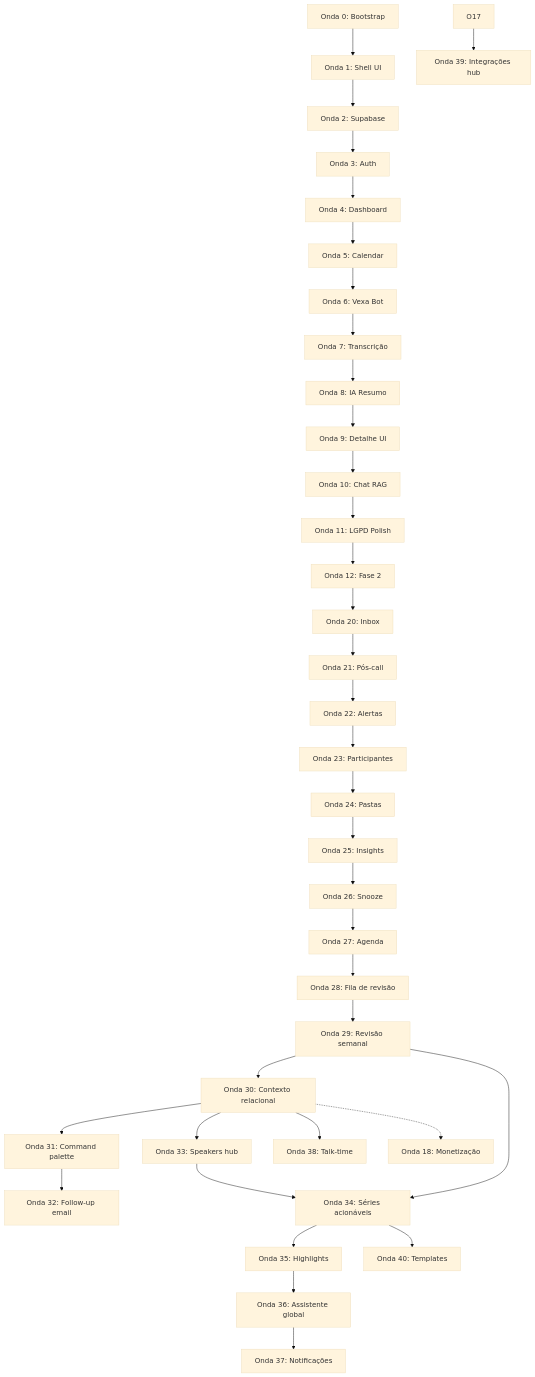
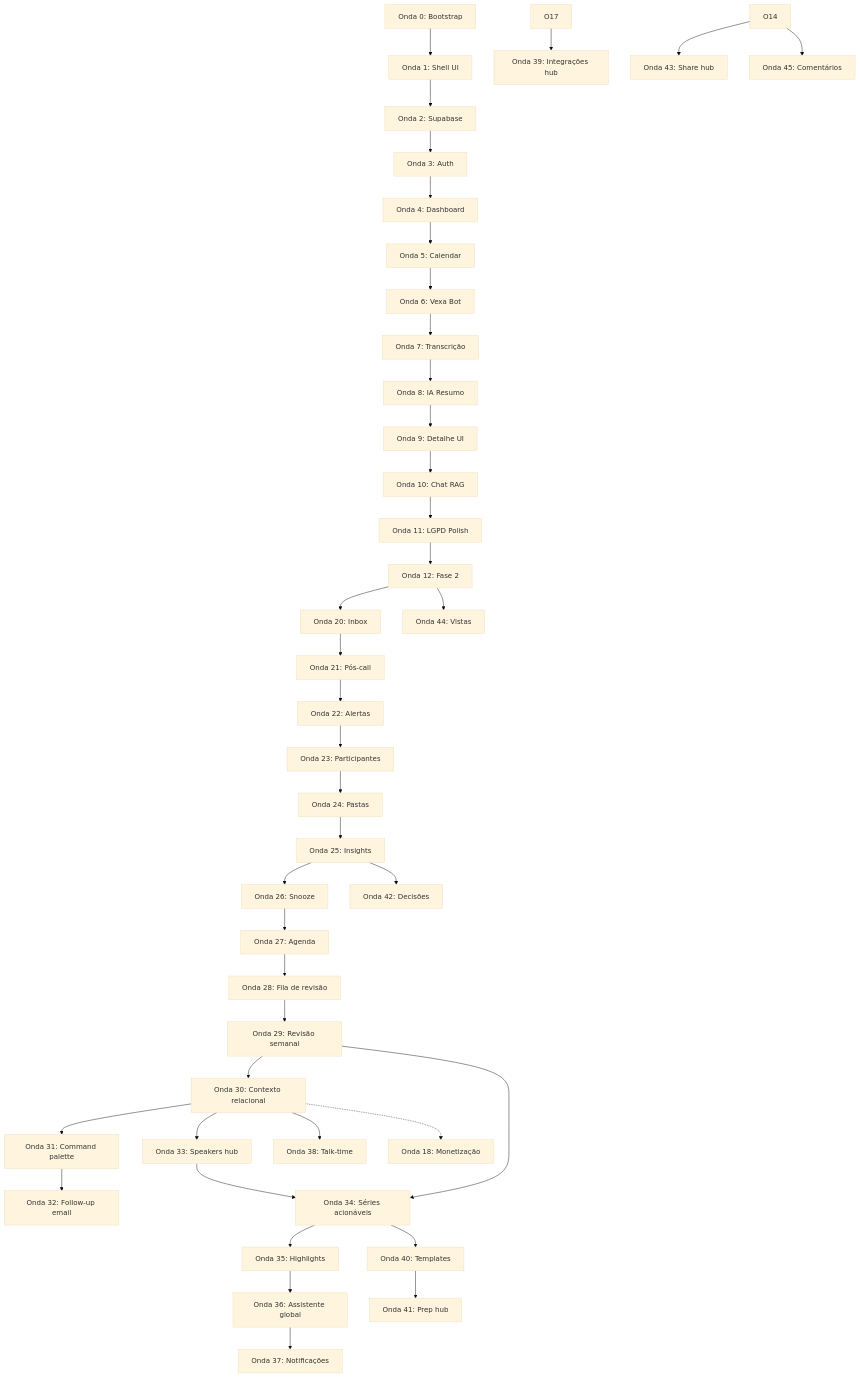
The first of 3 diagrams in implementation-plan.md (solerpedroo/reuniai), drawn with Mermaid (base theme) before and after one commit. The commit also changed other lines of this file, not shown here.

````diff
--- a/implementation-plan.md
+++ b/implementation-plan.md
@@ -112,38 +122,43 @@
 ```mermaid
 flowchart TD
     O0[Onda 0: Bootstrap] --> O1[Onda 1: Shell UI]
     O1 --> O2[Onda 2: Supabase]
     O2 --> O3[Onda 3: Auth]
     O3 --> O4[Onda 4: Dashboard]
     O4 --> O5[Onda 5: Calendar]
     O5 --> O6[Onda 6: Vexa Bot]
     O6 --> O7[Onda 7: Transcrição]
     O7 --> O8[Onda 8: IA Resumo]
     O8 --> O9[Onda 9: Detalhe UI]
     O9 --> O10[Onda 10: Chat RAG]
     O10 --> O11[Onda 11: LGPD Polish]
     O11 --> O12[Onda 12: Fase 2]
     O12 --> O20[Onda 20: Inbox]
     O20 --> O21[Onda 21: Pós-call]
     O21 --> O22[Onda 22: Alertas]
     O22 --> O23[Onda 23: Participantes]
     O23 --> O24[Onda 24: Pastas]
     O24 --> O25[Onda 25: Insights]
     O25 --> O26[Onda 26: Snooze]
     O26 --> O27[Onda 27: Agenda]
     O27 --> O28[Onda 28: Fila de revisão]
     O28 --> O29[Onda 29: Revisão semanal]
     O29 --> O30[Onda 30: Contexto relacional]
     O30 --> O31[Onda 31: Command palette]
     O31 --> O32[Onda 32: Follow-up email]
     O30 --> O33[Onda 33: Speakers hub]
     O29 --> O34[Onda 34: Séries acionáveis]
     O33 --> O34
     O34 --> O35[Onda 35: Highlights]
     O35 --> O36[Onda 36: Assistente global]
     O36 --> O37[Onda 37: Notificações]
     O30 --> O38[Onda 38: Talk-time]
     O17 --> O39[Onda 39: Integrações hub]
     O34 --> O40[Onda 40: Templates]
+    O40 --> O41[Onda 41: Prep hub]
+    O25 --> O42[Onda 42: Decisões]
+    O14 --> O43[Onda 43: Share hub]
+    O12 --> O44[Onda 44: Vistas]
+    O14 --> O45[Onda 45: Comentários]
     O30 -.-> O18[Onda 18: Monetização]
 ```
````
